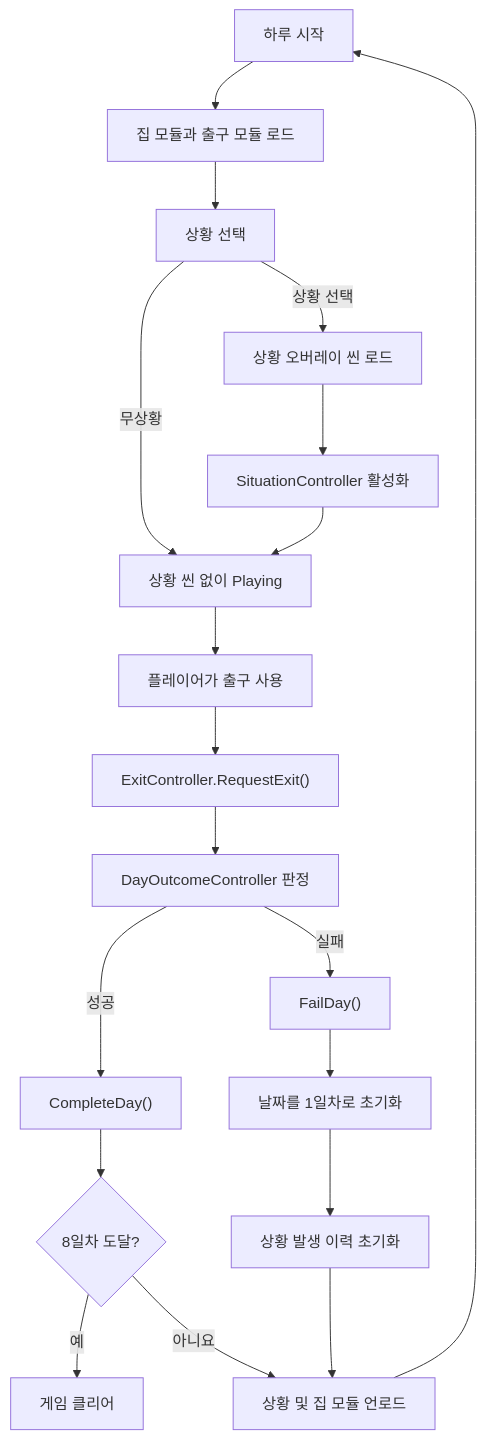
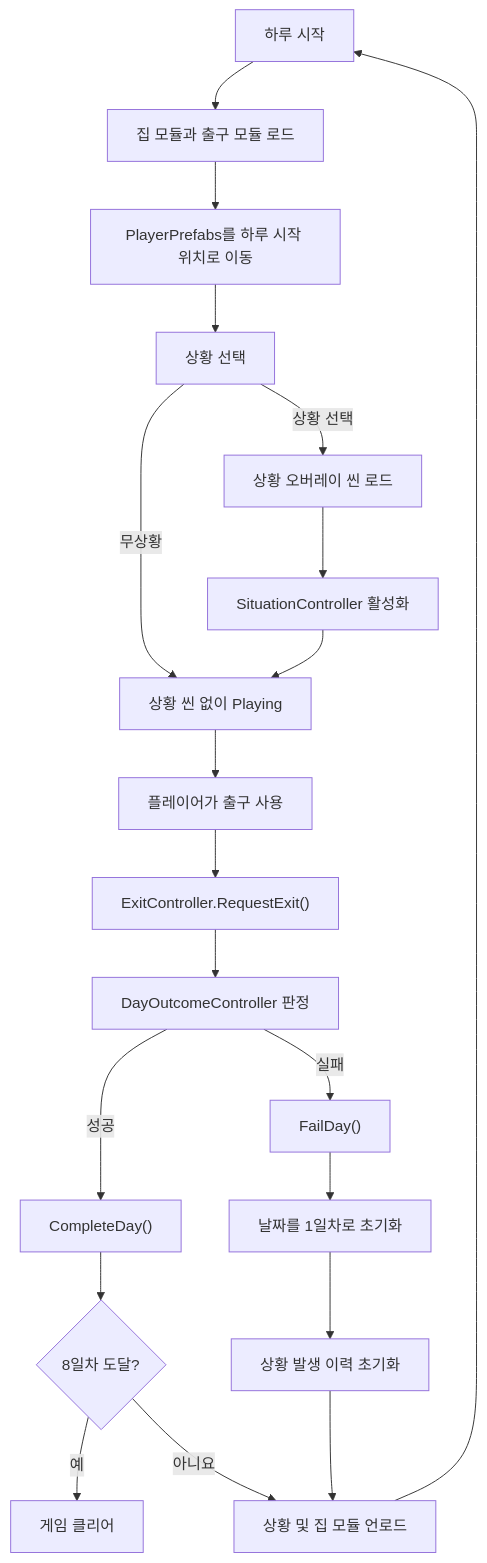
One commit to jeonghwan916/Virtual-Rescue changed the first of 2 diagrams in PLANforLoopSystem.md. Above: the diagram before and after it, drawn with Mermaid. The commit also changed other lines of this file and 2 other files, not shown here.

````diff
--- a/PLANforLoopSystem.md
+++ b/PLANforLoopSystem.md
@@ -161,26 +164,27 @@
 ```mermaid
 flowchart TD
     A["하루 시작"] --> B["집 모듈과 출구 모듈 로드"]
-    B --> C["상황 선택"]
+    B --> B2["PlayerPrefabs를 하루 시작 위치로 이동"]
+    B2 --> C["상황 선택"]
 
     C -->|무상황| D["상황 씬 없이 Playing"]
     C -->|상황 선택| E["상황 오버레이 씬 로드"]
     E --> F["SituationController 활성화"]
     F --> D
 
     D --> G["플레이어가 출구 사용"]
     G --> H["ExitController.RequestExit()"]
     H --> I["DayOutcomeController 판정"]
 
     I -->|성공| J["CompleteDay()"]
     I -->|실패| K["FailDay()"]
 
     J --> L{"8일차 도달?"}
     L -->|예| M["게임 클리어"]
     L -->|아니요| N["상황 및 집 모듈 언로드"]
     N --> A
 
     K --> O["날짜를 1일차로 초기화"]
     O --> P["상황 발생 이력 초기화"]
     P --> N
 ```
````
